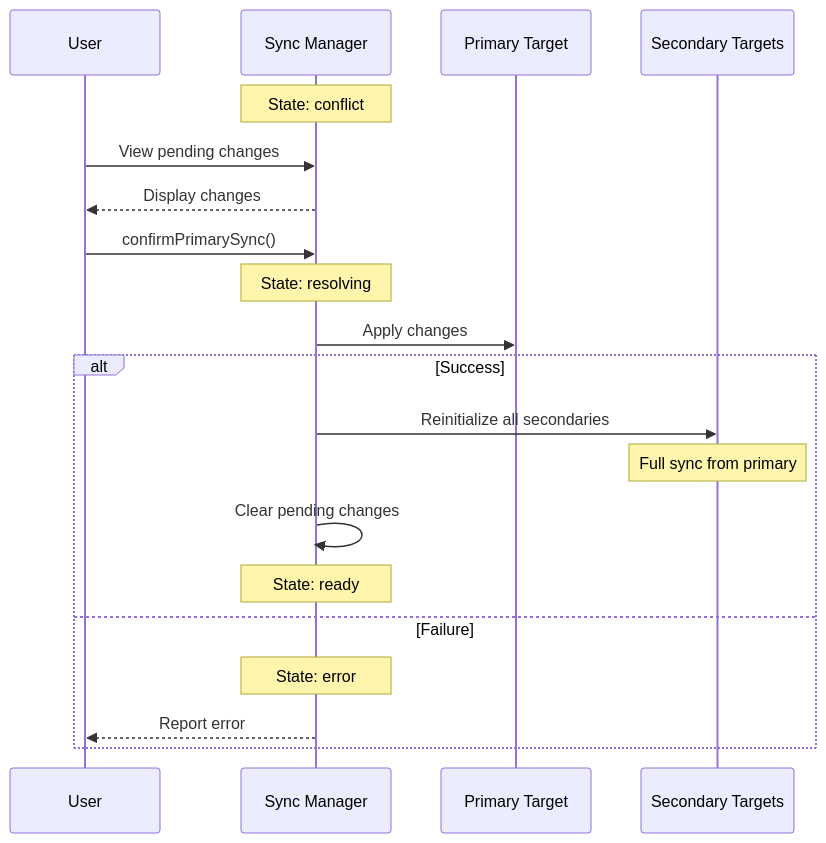
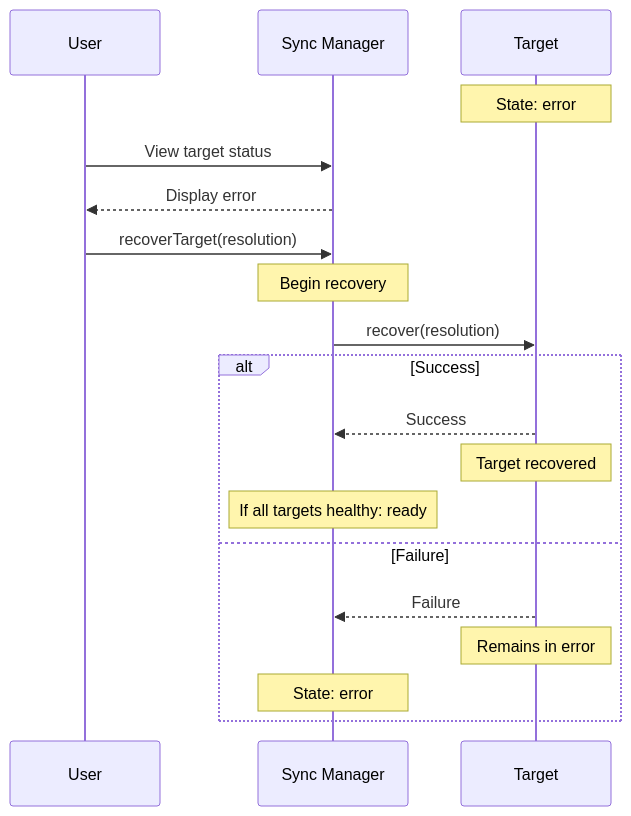
Diagram 15 of 17 in packages/files-management/README.md (mrsimpson/piddie), drawn with Mermaid before and after one commit. The commit also changed other lines of this file and 11 other files, not shown here.

````diff
--- a/packages/files-management/README.md
+++ b/packages/files-management/README.md
@@ -433,25 +437,24 @@
    ```mermaid
    sequenceDiagram
        participant U as User
        participant SM as Sync Manager
-       participant P as Primary Target
-       participant S as Secondary Targets
+       participant T as Target
 
-       Note over SM: State: conflict
-       U->>SM: View pending changes
-       SM-->>U: Display changes
-       U->>SM: confirmPrimarySync()
+       Note over T: State: error
+       U->>SM: View target status
+       SM-->>U: Display error
+       U->>SM: recoverTarget(resolution)
 
-       Note over SM: State: resolving
-       SM->>P: Apply changes
+       Note over SM: Begin recovery
+       SM->>T: recover(resolution)
 
        alt Success
-           SM->>S: Reinitialize all secondaries
-           Note over S: Full sync from primary
-           SM->>SM: Clear pending changes
-           Note over SM: State: ready
+           T-->>SM: Success
+           Note over T: Target recovered
+           Note over SM: If all targets healthy: ready
        else Failure
+           T-->>SM: Failure
+           Note over T: Remains in error
            Note over SM: State: error
-           SM-->>U: Report error
        end
    ```
````
